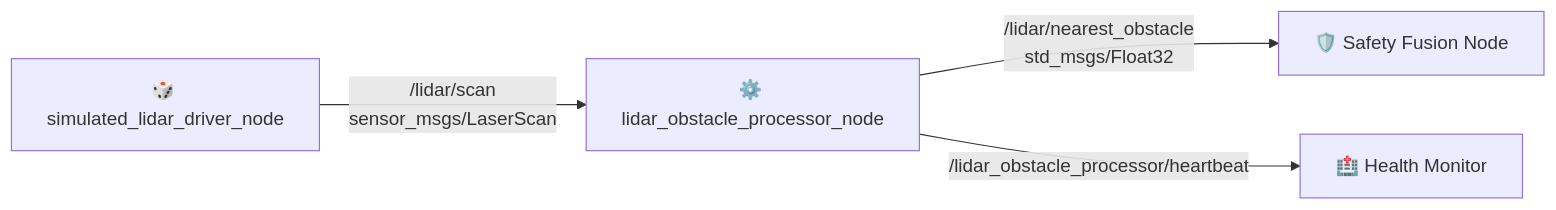
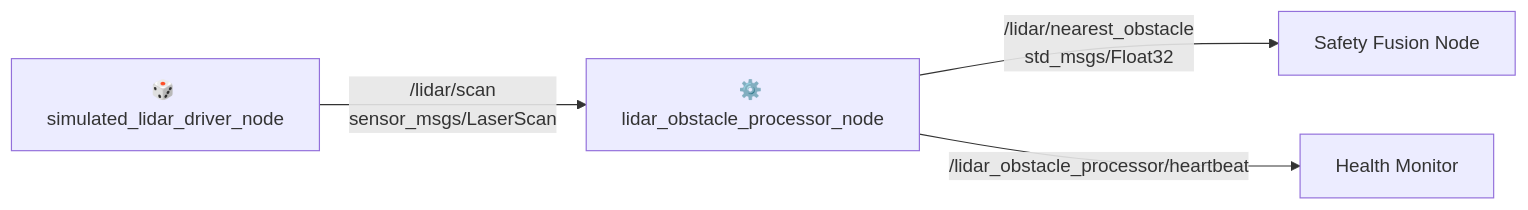
One commit to NILAMATHI1999/drone-health-modular-framework changed the first of 2 diagrams in src/drone_health_lidar_example/README.md. Above: the diagram before and after it, drawn with Mermaid. The commit also changed other lines of this file, not shown here.

````diff
--- a/src/drone_health_lidar_example/README.md
+++ b/src/drone_health_lidar_example/README.md
@@ -12,6 +12,6 @@
 ```mermaid
 graph LR
     SIM["🎲 simulated_lidar_driver_node"] -->|"/lidar/scan<br/>sensor_msgs/LaserScan"| PROC["⚙️ lidar_obstacle_processor_node"]
-    PROC -->|"/lidar/nearest_obstacle<br/>std_msgs/Float32"| SF["🛡️ Safety Fusion Node"]
-    PROC -->|"/lidar_obstacle_processor/heartbeat"| HM["🏥 Health Monitor"]
+    PROC -->|"/lidar/nearest_obstacle<br/>std_msgs/Float32"| SF[" Safety Fusion Node"]
+    PROC -->|"/lidar_obstacle_processor/heartbeat"| HM[" Health Monitor"]
 ```
````
